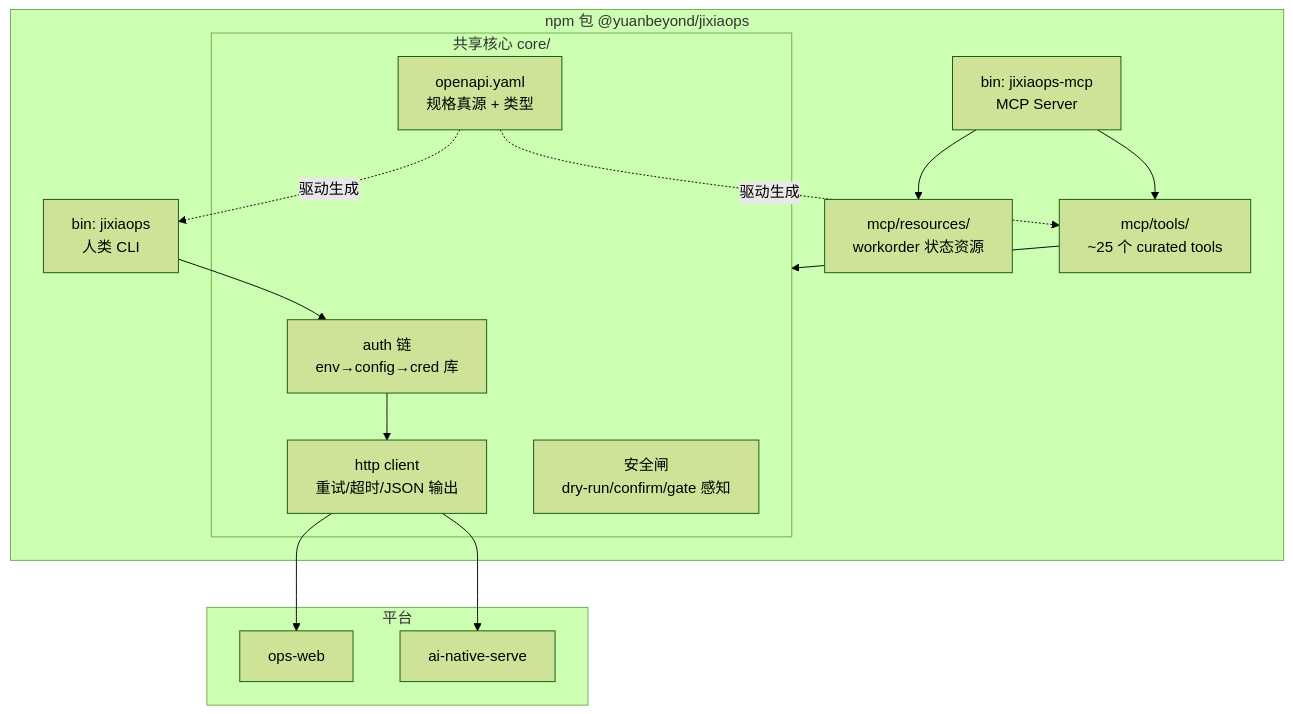
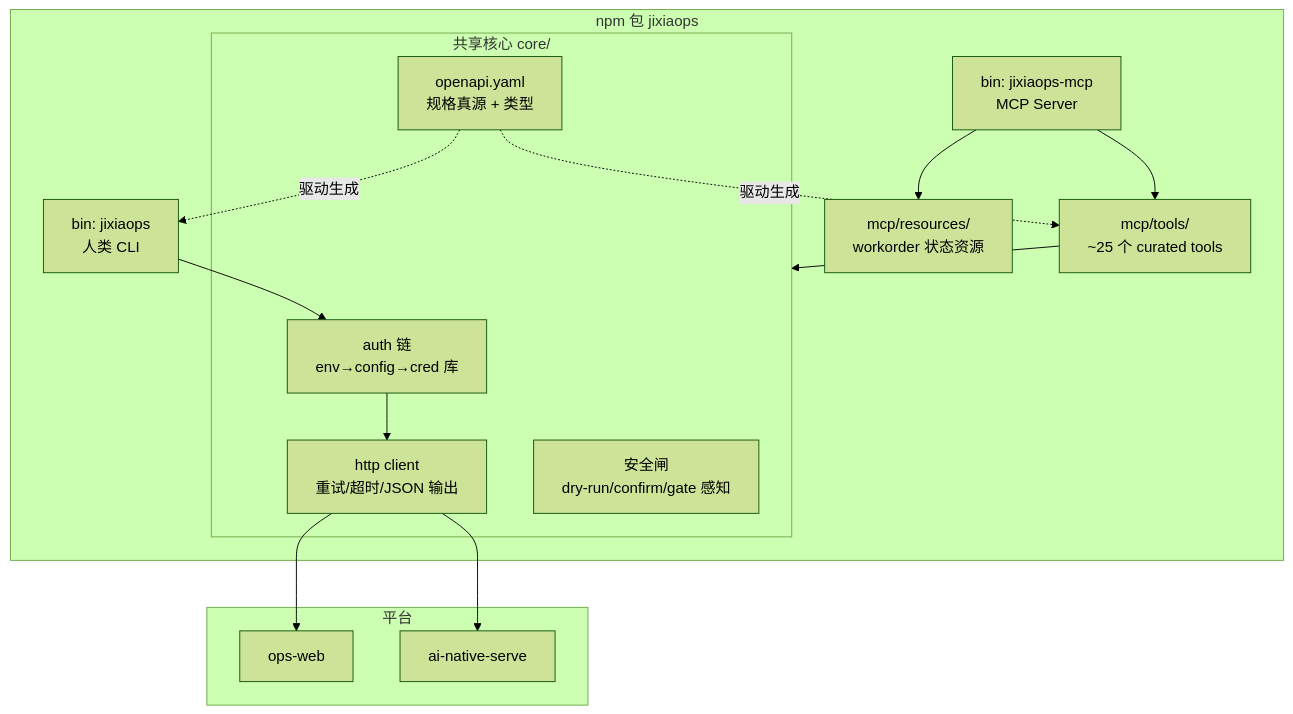
The second of 9 diagrams in docs/agent-plugin-architecture.md (huaweicloud-mate/jixiaops-cli), drawn with Mermaid (forest theme) before and after one commit. The commit also changed other lines of this file and 3 other files, not shown here.

First line of the commit message:
v0.5.0: 包名去 scope，@yuanbeyond/jixiaops → jixiaops

````diff
--- a/docs/agent-plugin-architecture.md
+++ b/docs/agent-plugin-architecture.md
@@ -89,26 +89,26 @@
 ```mermaid
 flowchart TB
-    subgraph NPM[npm 包 @yuanbeyond/jixiaops]
+    subgraph NPM[npm 包 jixiaops]
         BIN1[bin: jixiaops<br/>人类 CLI]
         BIN2[bin: jixiaops-mcp<br/>MCP Server]
         subgraph CORE[共享核心 core/]
             AUTH[auth 链<br/>env→config→cred 库]
             HTTP[http client<br/>重试/超时/JSON 输出]
             SPEC[openapi.yaml<br/>规格真源 + 类型]
             GUARD[安全闸<br/>dry-run/confirm/gate 感知]
         end
         TOOLS[mcp/tools/<br/>~25 个 curated tools]
         RES[mcp/resources/<br/>workorder 状态资源]
     end
     subgraph 平台
         OW[ops-web]
         SV[ai-native-serve]
     end
     BIN1 --> AUTH --> HTTP
     BIN2 --> TOOLS --> CORE
     BIN2 --> RES
     SPEC -.驱动生成.-> TOOLS
     SPEC -.驱动生成.-> BIN1
     HTTP --> OW
     HTTP --> SV
 ```
````
